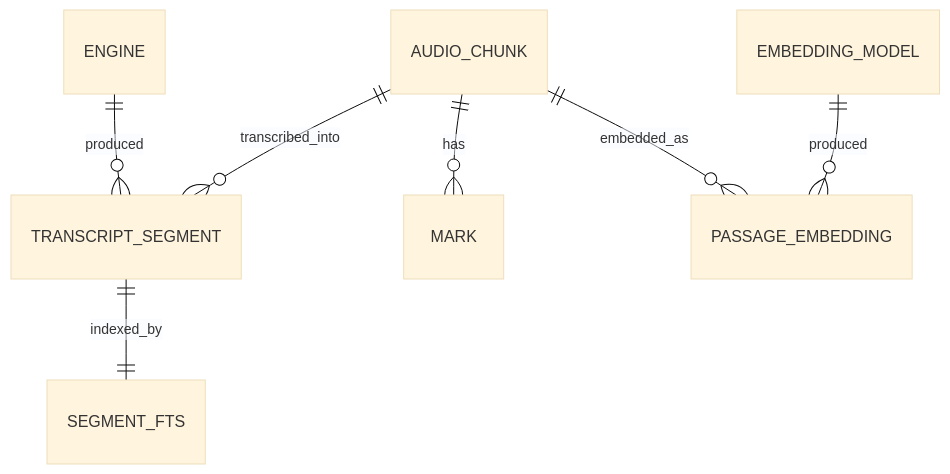
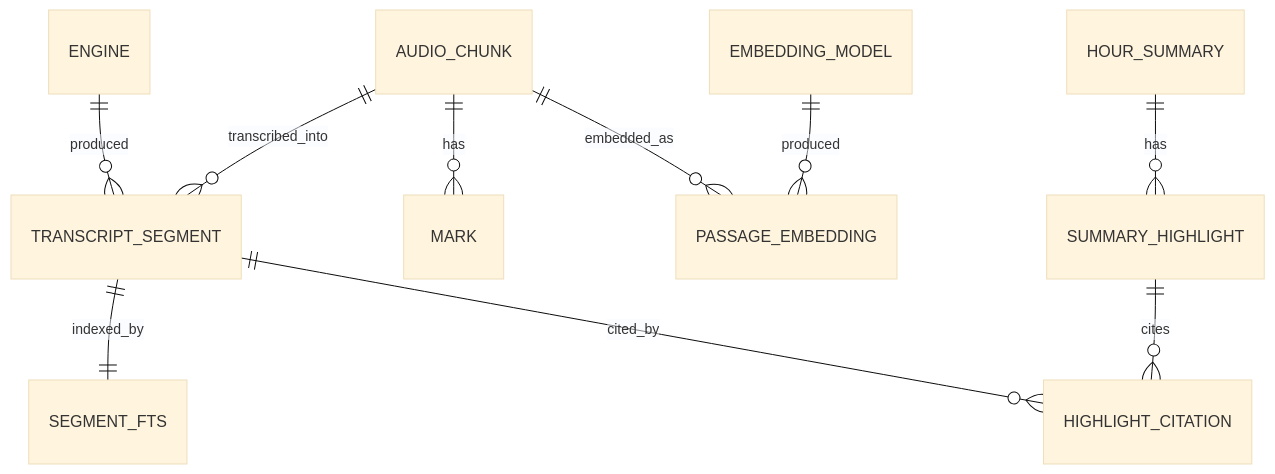
The second of 3 diagrams in docs/architecture/02-architecture.md (Soichiro5/watch-audio), drawn with Mermaid (base theme) before and after one commit. The commit also changed other lines of this file and 1 other file, not shown here.

First line of the commit message:
docs: hour summaries in the architecture and phone UI docs (#27)

````diff
--- a/docs/architecture/02-architecture.md
+++ b/docs/architecture/02-architecture.md
@@ -110,9 +110,12 @@
 ```mermaid
 erDiagram
   AUDIO_CHUNK ||--o{ TRANSCRIPT_SEGMENT : transcribed_into
   AUDIO_CHUNK ||--o{ MARK : has
   ENGINE ||--o{ TRANSCRIPT_SEGMENT : produced
   TRANSCRIPT_SEGMENT ||--|| SEGMENT_FTS : indexed_by
   AUDIO_CHUNK ||--o{ PASSAGE_EMBEDDING : embedded_as
   EMBEDDING_MODEL ||--o{ PASSAGE_EMBEDDING : produced
+  HOUR_SUMMARY ||--o{ SUMMARY_HIGHLIGHT : has
+  SUMMARY_HIGHLIGHT ||--o{ HIGHLIGHT_CITATION : cites
+  TRANSCRIPT_SEGMENT ||--o{ HIGHLIGHT_CITATION : cited_by
 ```
````
